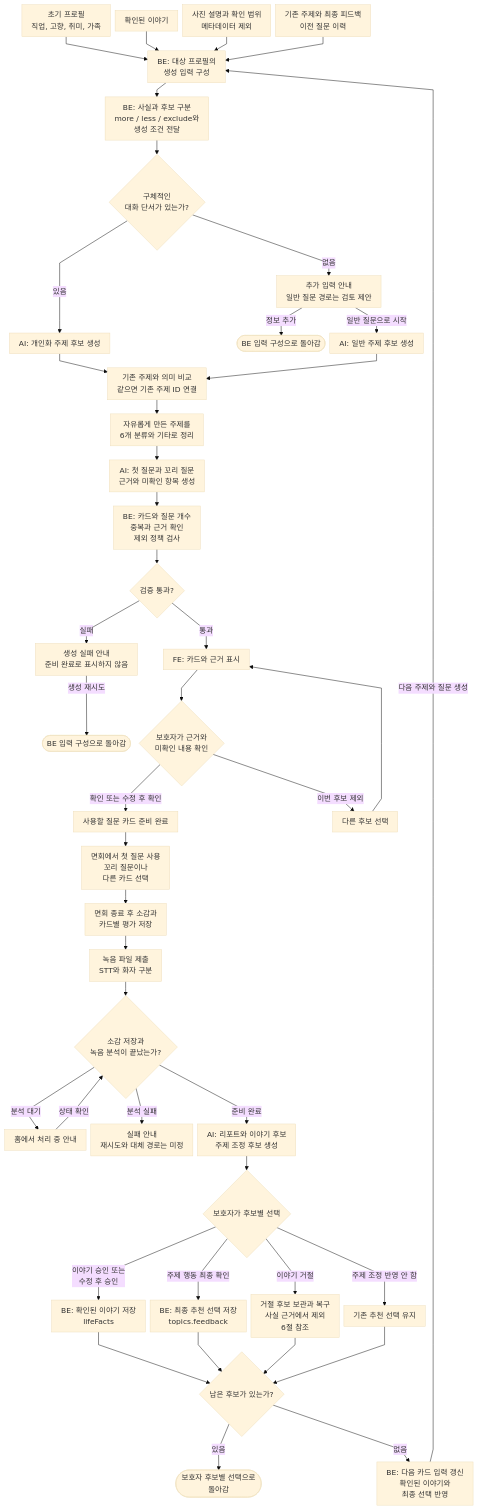
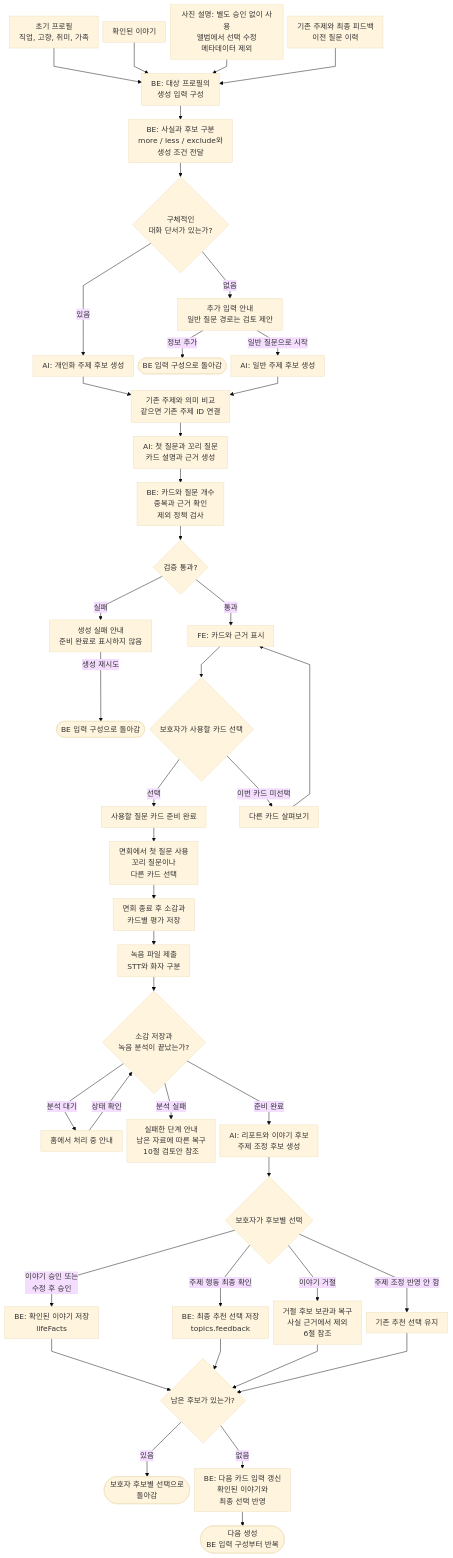
The diagram in docs/architecture/card-generation-flow.md (kakaotechcampus-4/ktc4-chungnam-1), drawn with Mermaid (base theme) before and after one commit. The commit also changed other lines of this file and 13 other files, not shown here.

````diff
--- a/docs/architecture/card-generation-flow.md
+++ b/docs/architecture/card-generation-flow.md
@@ -42,55 +57,54 @@
 ```mermaid
 ---
 config:
   flowchart:
     nodeSpacing: 10
     rankSpacing: 30
     wrappingWidth: 200
     padding: 10
     curve: linear
 ---
 flowchart TD
     PROFILE["초기 프로필<br/>직업, 고향, 취미, 가족"] --> CONTEXT
     FACTS["확인된 이야기"] --> CONTEXT
-    PHOTO["사진 설명과 확인 범위<br/>메타데이터 제외"] --> CONTEXT
+    PHOTO["사진 설명: 별도 승인 없이 사용<br/>앨범에서 선택 수정<br/>메타데이터 제외"] --> CONTEXT
     HISTORY["기존 주제와 최종 피드백<br/>이전 질문 이력"] --> CONTEXT
     CONTEXT["BE: 대상 프로필의<br/>생성 입력 구성"] --> POLICY["BE: 사실과 후보 구분<br/>more / less / exclude와<br/>생성 조건 전달"]
     POLICY --> CLUE{"구체적인<br/>대화 단서가 있는가?"}
     CLUE -->|있음| PERSONAL["AI: 개인화 주제 후보 생성"]
     CLUE -->|없음| GUIDE["추가 입력 안내<br/>일반 질문 경로는 검토 제안"]
     GUIDE -->|정보 추가| INPUT_AGAIN(["BE 입력 구성으로 돌아감"])
     GUIDE -->|일반 질문으로 시작| GENERAL["AI: 일반 주제 후보 생성"]
     PERSONAL --> MATCH["기존 주제와 의미 비교<br/>같으면 기존 주제 ID 연결"]
     GENERAL --> MATCH
-    MATCH --> CATEGORY["자유롭게 만든 주제를<br/>6개 분류와 기타로 정리"]
-    CATEGORY --> QUESTIONS["AI: 첫 질문과 꼬리 질문<br/>근거와 미확인 항목 생성"]
+    MATCH --> QUESTIONS["AI: 첫 질문과 꼬리 질문<br/>카드 설명과 근거 생성"]
     QUESTIONS --> CHECK["BE: 카드와 질문 개수<br/>중복과 근거 확인<br/>제외 정책 검사"]
     CHECK --> VALIDATE{"검증 통과?"}
     VALIDATE -->|실패| ERROR["생성 실패 안내<br/>준비 완료로 표시하지 않음"]
     ERROR -->|생성 재시도| RETRY_INPUT(["BE 입력 구성으로 돌아감"])
     VALIDATE -->|통과| DISPLAY["FE: 카드와 근거 표시"]
-    DISPLAY --> CONFIRM{"보호자가 근거와<br/>미확인 내용 확인"}
-    CONFIRM -->|확인 또는 수정 후 확인| READY["사용할 질문 카드 준비 완료"]
-    CONFIRM -->|이번 후보 제외| OTHER["다른 후보 선택"]
+    DISPLAY --> CHOOSE{"보호자가 사용할 카드 선택"}
+    CHOOSE -->|선택| READY["사용할 질문 카드 준비 완료"]
+    CHOOSE -->|이번 카드 미선택| OTHER["다른 카드 살펴보기"]
     OTHER --> DISPLAY
     READY --> VISIT["면회에서 첫 질문 사용<br/>꼬리 질문이나<br/>다른 카드 선택"]
     VISIT --> EVALUATION["면회 종료 후 소감과<br/>카드별 평가 저장"]
     EVALUATION --> STT["녹음 파일 제출<br/>STT와 화자 구분"]
     STT --> STATUS{"소감 저장과<br/>녹음 분석이 끝났는가?"}
     STATUS -->|분석 대기| WAIT["홈에서 처리 중 안내"]
     WAIT -->|상태 확인| STATUS
-    STATUS -->|분석 실패| FAILED["실패 안내<br/>재시도와 대체 경로는 미정"]
+    STATUS -->|분석 실패| FAILED["실패한 단계 안내<br/>남은 자료에 따른 복구<br/>10절 검토안 참조"]
     STATUS -->|준비 완료| REPORT["AI: 리포트와 이야기 후보<br/>주제 조정 후보 생성"]
     REPORT --> DECIDE{"보호자가 후보별 선택"}
     DECIDE -->|"이야기 승인 또는<br/>수정 후 승인"| SAVE_FACT["BE: 확인된 이야기 저장<br/>lifeFacts"]
     DECIDE -->|주제 행동 최종 확인| SAVE_TOPIC["BE: 최종 추천 선택 저장<br/>topics.feedback"]
     DECIDE -->|이야기 거절| REJECT["거절 후보 보관과 복구<br/>사실 근거에서 제외<br/>6절 참조"]
     DECIDE -->|주제 조정 반영 안 함| KEEP["기존 추천 선택 유지"]
     SAVE_FACT --> REMAIN{"남은 후보가 있는가?"}
     SAVE_TOPIC --> REMAIN
     REJECT --> REMAIN
     KEEP --> REMAIN
     REMAIN -->|있음| REVIEW_AGAIN(["보호자 후보별 선택으로<br/>돌아감"])
     REMAIN -->|없음| REFRESH["BE: 다음 카드 입력 갱신<br/>확인된 이야기와<br/>최종 선택 반영"]
-    REFRESH -->|다음 주제와 질문 생성| CONTEXT
+    REFRESH --> NEXT(["다음 생성<br/>BE 입력 구성부터 반복"])
 ```
````
